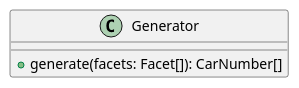
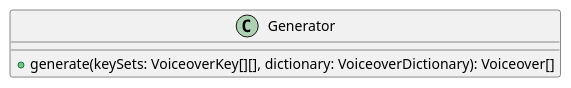
One commit to tohasan/car-number-voiceover changed the first of 3 diagrams in src/voiceover-generator/generator/generator.puml. Above: the diagram before and after it, drawn with PlantUML. The commit also changed other lines of this file and 34 other files, not shown here.

```diff
--- a/src/voiceover-generator/generator/generator.puml
+++ b/src/voiceover-generator/generator/generator.puml
@@ -1,7 +1,7 @@
 @startuml
 
 class Generator {
-    + generate(facets: Facet[]): CarNumber[]
+    + generate(keySets: VoiceoverKey[][], dictionary: VoiceoverDictionary): Voiceover[]
 }
 
 @enduml
```
